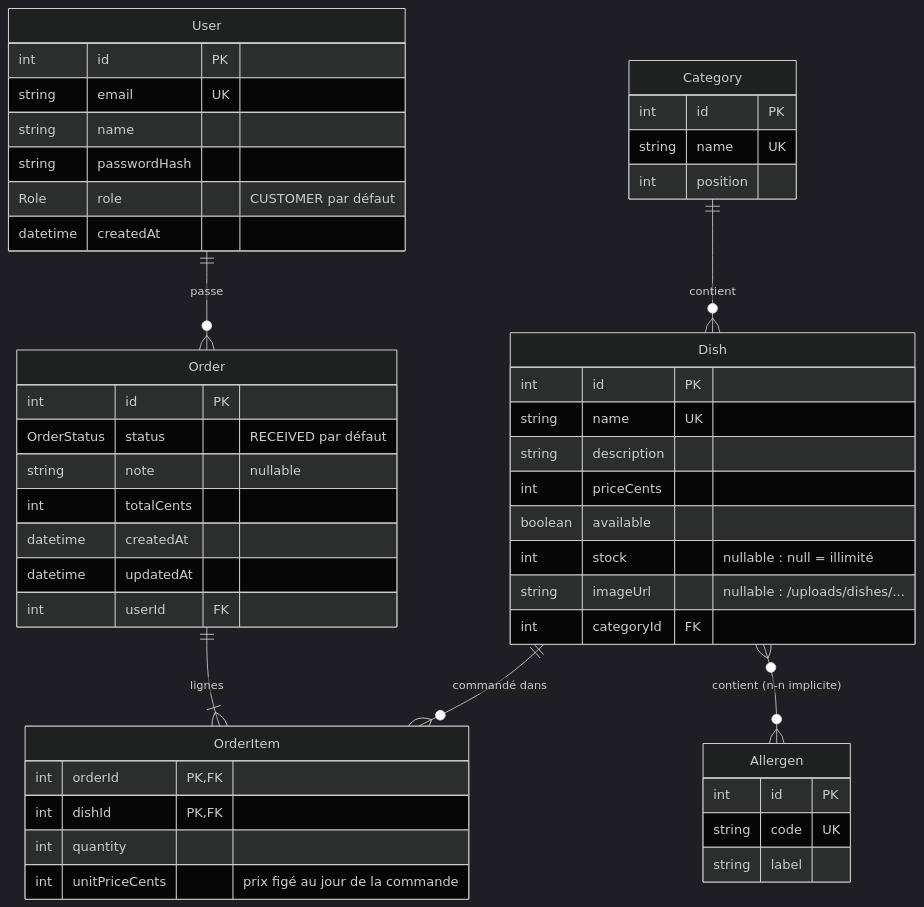
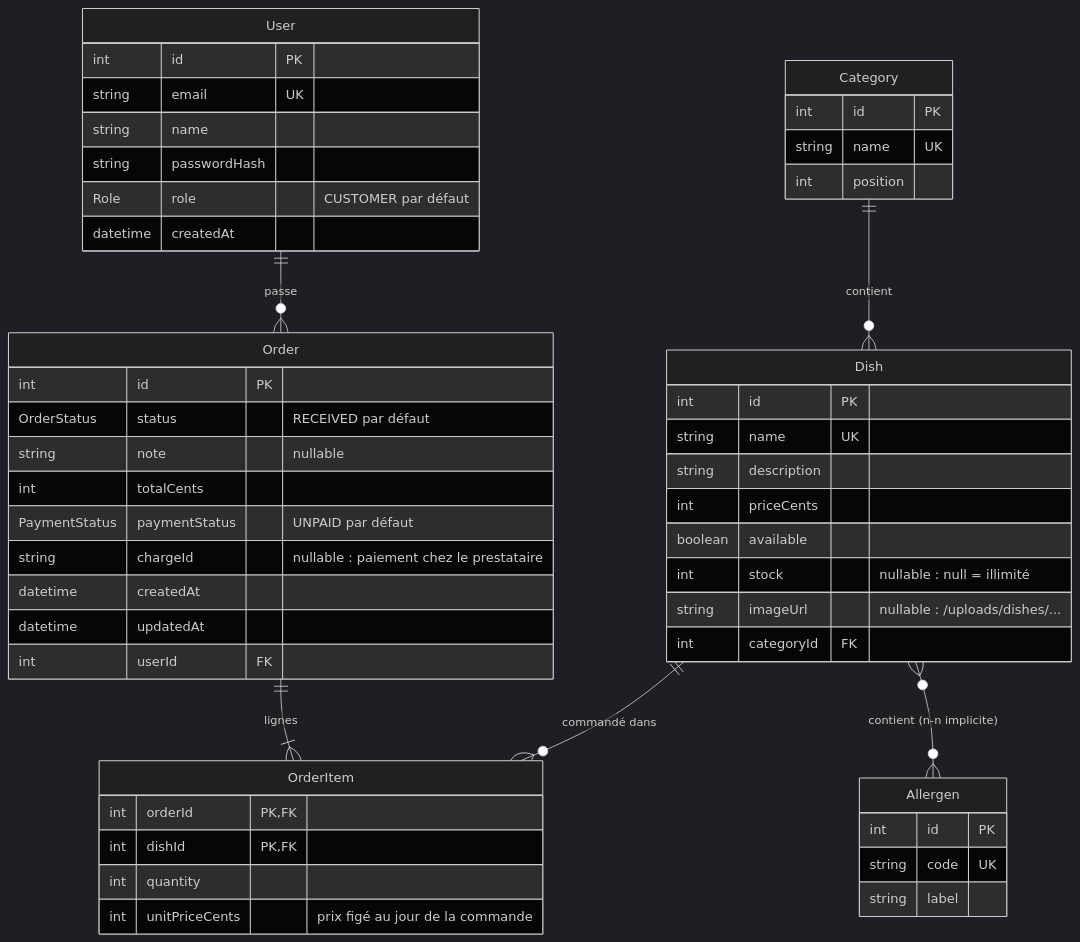
Before and after one commit to powksy94/roulotte_server_api: the fourth of 4 diagrams in README.md, drawn with Mermaid (dark theme). The commit also changed other lines of this file, not shown here.

Commit message:
docs: README du palier 4, paiement, options Swagger UI et CI

````diff
--- a/README.md
+++ b/README.md
@@ -198,52 +268,54 @@
 ```mermaid
 erDiagram
     User ||--o{ Order : "passe"
     Category ||--o{ Dish : "contient"
     Dish }o--o{ Allergen : "contient (n-n implicite)"
     Order ||--|{ OrderItem : "lignes"
     Dish ||--o{ OrderItem : "commandé dans"
 
     User {
         int id PK
         string email UK
         string name
         string passwordHash
         Role role "CUSTOMER par défaut"
         datetime createdAt
     }
     Category {
         int id PK
         string name UK
         int position
     }
     Allergen {
         int id PK
         string code UK
         string label
     }
     Dish {
         int id PK
         string name UK
         string description
         int priceCents
         boolean available
         int stock "nullable : null = illimité"
         string imageUrl "nullable : /uploads/dishes/..."
         int categoryId FK
     }
     Order {
         int id PK
         OrderStatus status "RECEIVED par défaut"
         string note "nullable"
         int totalCents
+        PaymentStatus paymentStatus "UNPAID par défaut"
+        string chargeId "nullable : paiement chez le prestataire"
         datetime createdAt
         datetime updatedAt
         int userId FK
     }
     OrderItem {
         int orderId PK,FK
         int dishId PK,FK
         int quantity
         int unitPriceCents "prix figé au jour de la commande"
     }
 ```
````
